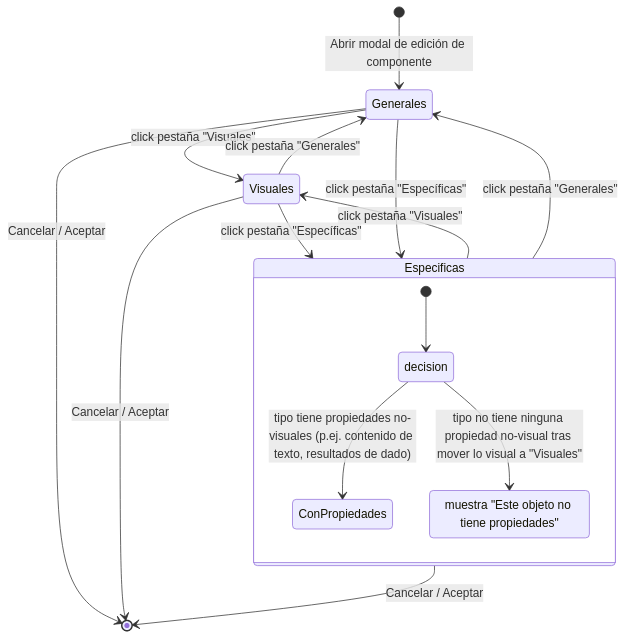
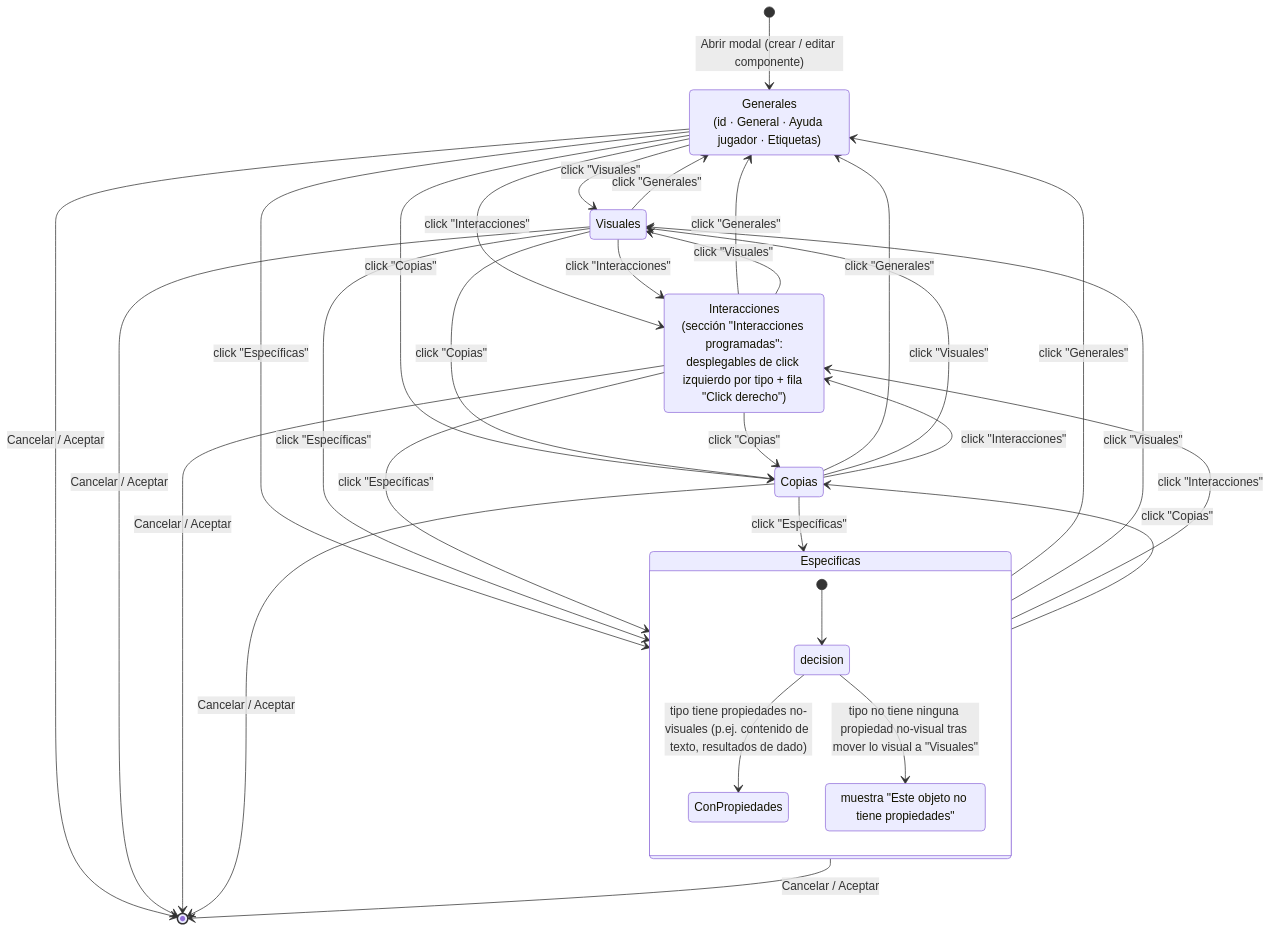
One commit to yeyopepe/bgfactory changed the diagram in previo-sdd/design/docs/features/002-alta-edicion-borrado-de-componentes-con-modal-de-tabs.md. Above: the diagram before and after it, drawn with Mermaid. The commit also changed other lines of this file and 35 other files, not shown here.

````diff
--- a/previo-sdd/design/docs/features/002-alta-edicion-borrado-de-componentes-con-modal-de-tabs.md
+++ b/previo-sdd/design/docs/features/002-alta-edicion-borrado-de-componentes-con-modal-de-tabs.md
@@ -21,24 +25,45 @@
 ```mermaid
 stateDiagram-v2
-    [*] --> Generales: Abrir modal de edición de componente
+    [*] --> Generales: Abrir modal (crear / editar componente)
 
-    Generales --> Visuales: click pestaña "Visuales"
-    Visuales --> Generales: click pestaña "Generales"
+    Generales --> Visuales: click "Visuales"
+    Generales --> Especificas: click "Específicas"
+    Generales --> Interacciones: click "Interacciones"
+    Generales --> Copias: click "Copias"
 
-    Visuales --> Especificas: click pestaña "Específicas"
-    Especificas --> Visuales: click pestaña "Visuales"
+    Visuales --> Generales: click "Generales"
+    Visuales --> Especificas: click "Específicas"
+    Visuales --> Interacciones: click "Interacciones"
+    Visuales --> Copias: click "Copias"
 
-    Generales --> Especificas: click pestaña "Específicas"
-    Especificas --> Generales: click pestaña "Generales"
+    Especificas --> Generales: click "Generales"
+    Especificas --> Visuales: click "Visuales"
+    Especificas --> Interacciones: click "Interacciones"
+    Especificas --> Copias: click "Copias"
+
+    Interacciones --> Generales: click "Generales"
+    Interacciones --> Visuales: click "Visuales"
+    Interacciones --> Especificas: click "Específicas"
+    Interacciones --> Copias: click "Copias"
+
+    Copias --> Generales: click "Generales"
+    Copias --> Visuales: click "Visuales"
+    Copias --> Especificas: click "Específicas"
+    Copias --> Interacciones: click "Interacciones"
+
+    Generales: Generales<br/>(id · General · Ayuda jugador · Etiquetas)
+    Interacciones: Interacciones<br/>(sección "Interacciones programadas":<br/>desplegables de click izquierdo por tipo + fila "Click derecho")
 
     state Especificas {
         [*] --> decision
         decision --> ConPropiedades: tipo tiene propiedades no-visuales (p.ej. contenido de texto, resultados de dado)
         decision --> SinPropiedades: tipo no tiene ninguna propiedad no-visual tras mover lo visual a "Visuales"
         SinPropiedades: muestra "Este objeto no tiene propiedades"
     }
 
     Generales --> [*]: Cancelar / Aceptar
     Visuales --> [*]: Cancelar / Aceptar
     Especificas --> [*]: Cancelar / Aceptar
+    Interacciones --> [*]: Cancelar / Aceptar
+    Copias --> [*]: Cancelar / Aceptar
 ```
````
